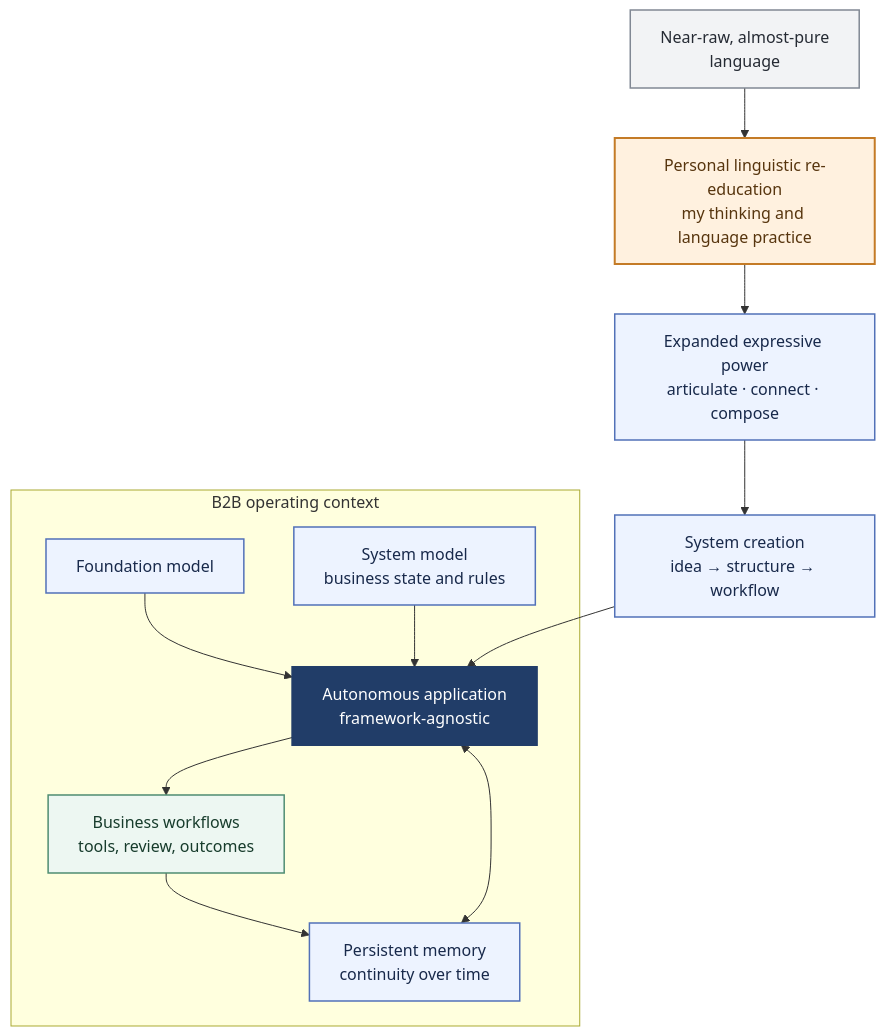
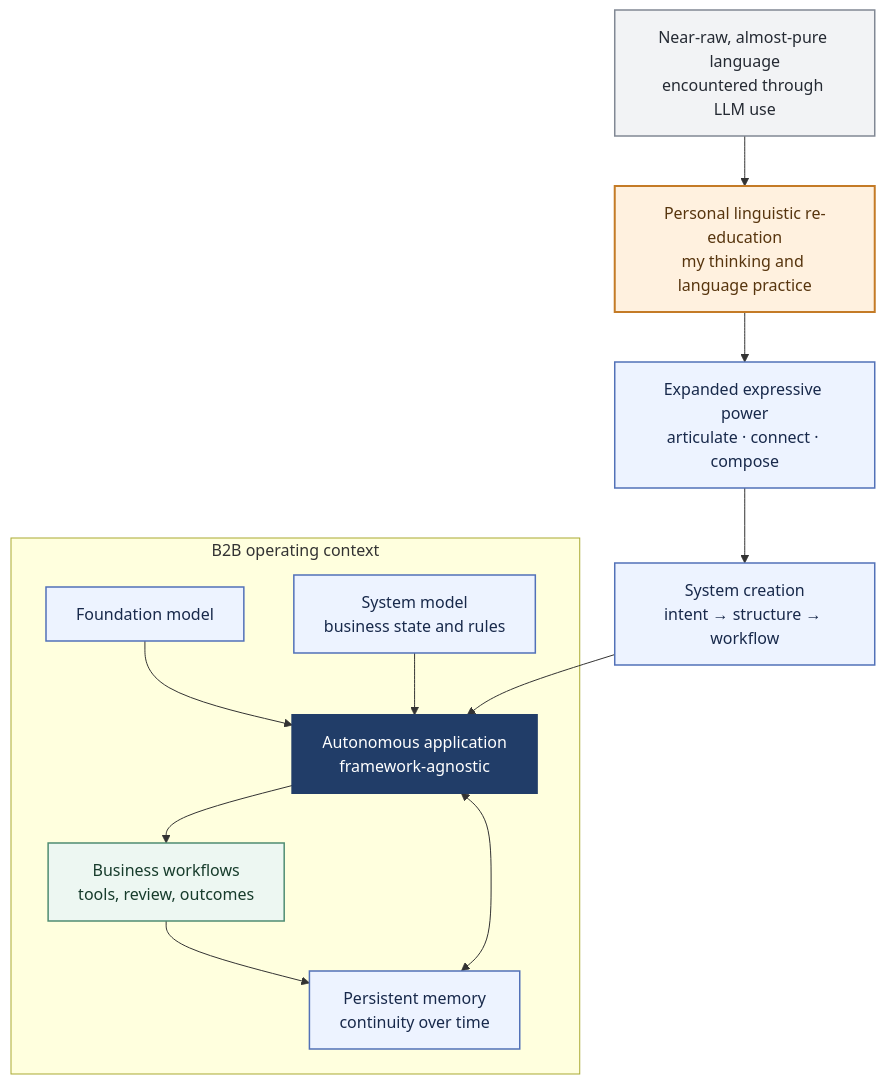
The diagram in README.md (glaucodeveloper/glaucodeveloper), drawn with Mermaid before and after one commit. The commit also changed other lines of this file, not shown here.

````diff
--- a/README.md
+++ b/README.md
@@ -9,30 +17,30 @@
 ```mermaid
 flowchart TB
-  RAW["Near-raw, almost-pure<br/>language"] --> RE["Personal linguistic re-education<br/>my thinking and language practice"] --> POWER["Expanded expressive power<br/>articulate · connect · compose"] --> DIRECTION["System creation<br/>idea → structure → workflow"]
+  RAW["Near-raw, almost-pure language<br/>encountered through LLM use"] --> RE["Personal linguistic re-education<br/>my thinking and language practice"] --> POWER["Expanded expressive power<br/>articulate · connect · compose"] --> DIRECTION["System creation<br/>intent → structure → workflow"]
 
   subgraph B2B["B2B operating context"]
     FM["Foundation model"]
     SM["System model<br/>business state and rules"]
     MEM["Persistent memory<br/>continuity over time"]
     APP["Autonomous application<br/>framework-agnostic"]
     FLOW["Business workflows<br/>tools, review, outcomes"]
 
     FM --> APP
     SM --> APP
     MEM <--> APP
     APP --> FLOW
     FLOW --> MEM
   end
 
   DIRECTION --> APP
   classDef source fill:#f2f3f5,stroke:#818894,color:#252a33,stroke-width:1.5px;
   classDef reconstruction fill:#fff1df,stroke:#c47b26,color:#57350e,stroke-width:2px;
   classDef concept fill:#edf3ff,stroke:#5271b8,color:#18294b,stroke-width:1.5px;
   classDef app fill:#213d68,stroke:#213d68,color:#ffffff,stroke-width:2px;
   classDef workflow fill:#edf7f2,stroke:#4f8d72,color:#173c2c,stroke-width:1.5px;
   class RAW source;
   class RE reconstruction;
   class POWER,DIRECTION,FM,SM,MEM concept;
   class APP app;
   class FLOW workflow;
 ```
````
